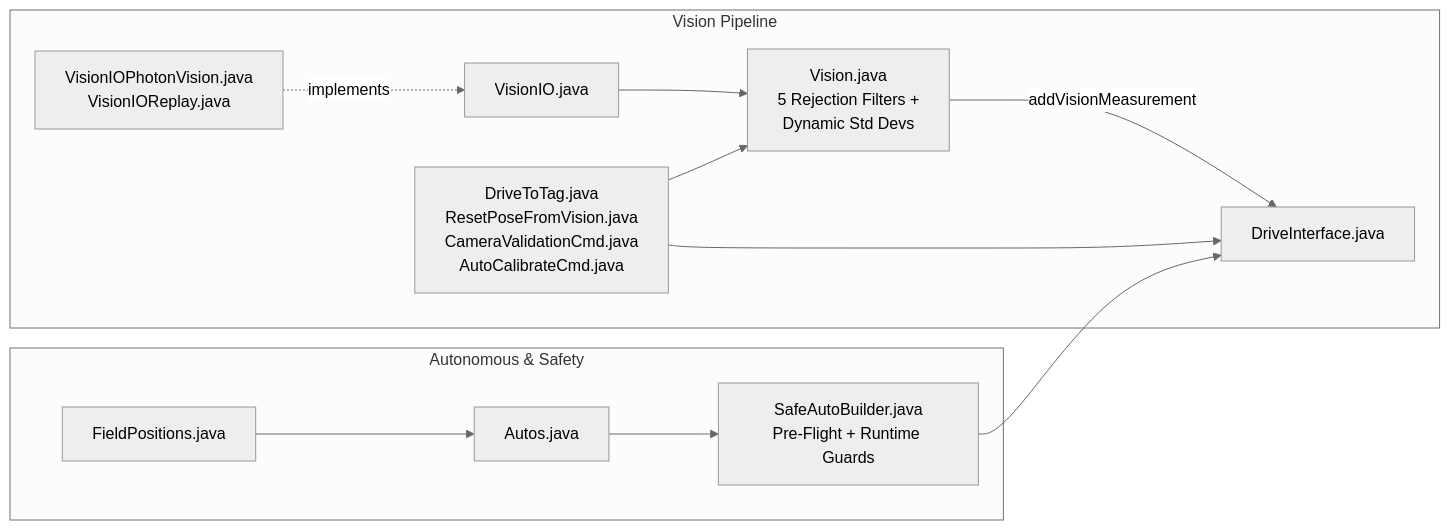
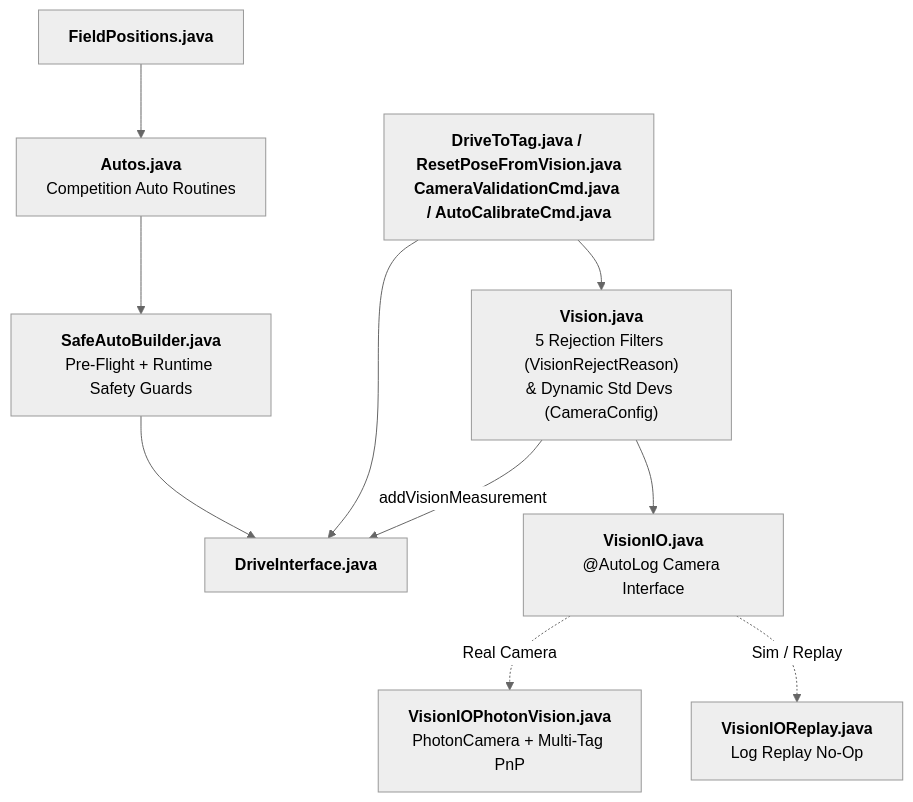
One commit to FRC-Flux-Robotics/FRC-Flux-Robotics.github.io changed the diagram in docs/classes/vision-autos-and-util.md. Above: the diagram before and after it, drawn with Mermaid (neutral theme). The commit also changed 6 other files, not shown here.

Commit message:
Fix Mermaid diagram readability: vertical 3-column layout, <br/> line breaks, and wider container

````diff
--- a/docs/classes/vision-autos-and-util.md
+++ b/docs/classes/vision-autos-and-util.md
@@ -5,15 +5,12 @@
 ```mermaid
-flowchart LR
-    subgraph VisFlow ["Vision Pipeline"]
-        VIOP["VisionIOPhotonVision.java\nVisionIOReplay.java"] -.->|implements| VIO["VisionIO.java"]
-        VIO --> Vis["Vision.java\n5 Rejection Filters +\nDynamic Std Devs"]
-        Vis -->|addVisionMeasurement| DI["DriveInterface.java"]
-        VCmds["DriveToTag.java\nResetPoseFromVision.java\nCameraValidationCmd.java\nAutoCalibrateCmd.java"] --> Vis & DI
-    end
-
-    subgraph AutoFlow ["Autonomous & Safety"]
-        FP["FieldPositions.java"] --> Autos["Autos.java"]
-        Autos --> SAB["SafeAutoBuilder.java\nPre-Flight + Runtime Guards"]
-        SAB --> DI
-    end
+flowchart TB
+    VCmds["<b>DriveToTag.java / ResetPoseFromVision.java</b><br/><b>CameraValidationCmd.java / AutoCalibrateCmd.java</b>"] --> Vis["<b>Vision.java</b><br/>5 Rejection Filters (VisionRejectReason)<br/>& Dynamic Std Devs (CameraConfig)"]
+    FP["<b>FieldPositions.java</b>"] --> Autos["<b>Autos.java</b><br/>Competition Auto Routines"]
+    Autos --> SAB["<b>SafeAutoBuilder.java</b><br/>Pre-Flight + Runtime Safety Guards"]
+    Vis -->|addVisionMeasurement| DI["<b>DriveInterface.java</b>"]
+    VCmds --> DI
+    SAB --> DI
+    Vis --> VIO["<b>VisionIO.java</b><br/>@AutoLog Camera Interface"]
+    VIO -.->|Real Camera| VIOP["<b>VisionIOPhotonVision.java</b><br/>PhotonCamera + Multi-Tag PnP"]
+    VIO -.->|Sim / Replay| VIOR["<b>VisionIOReplay.java</b><br/>Log Replay No-Op"]
 ```
````
